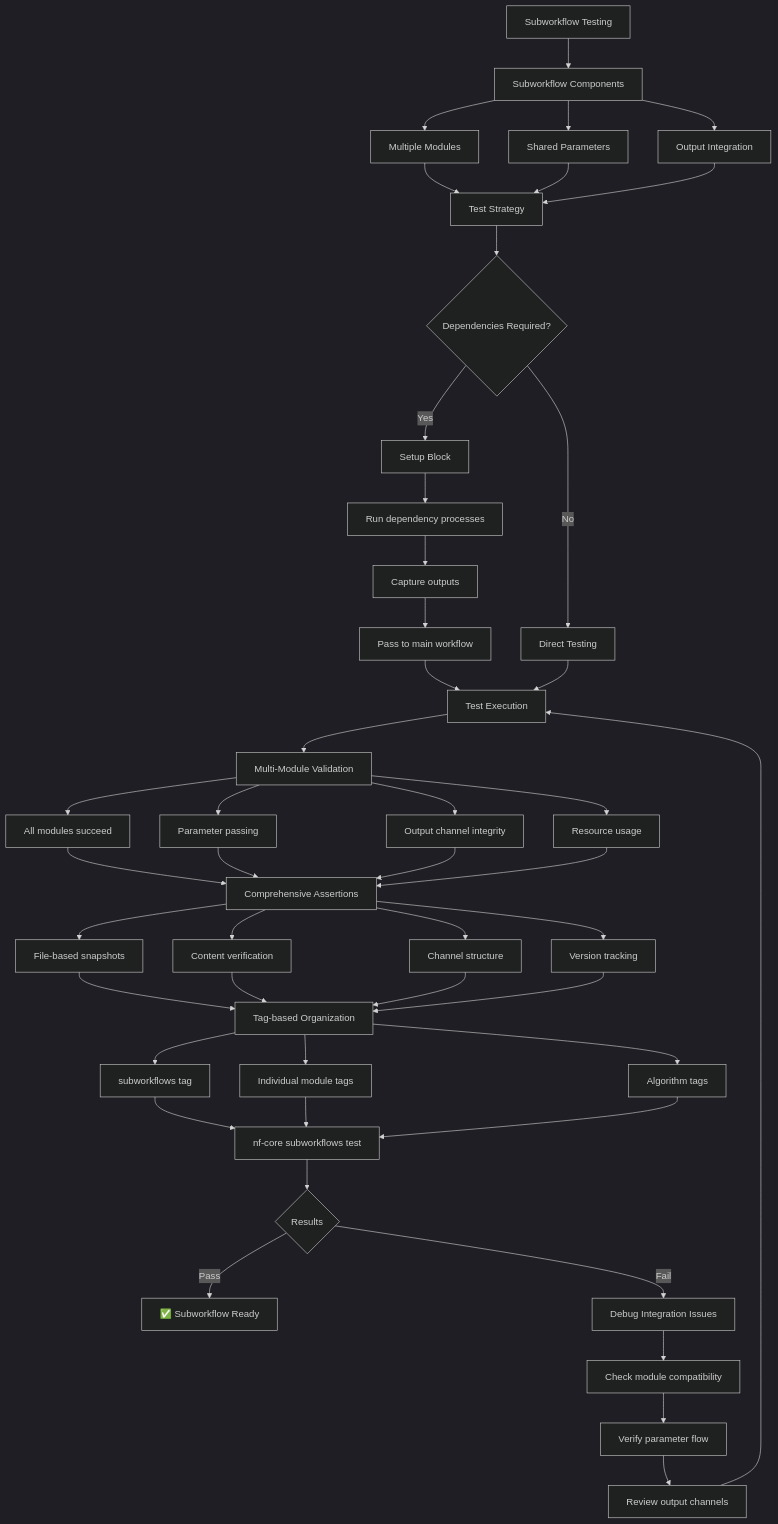
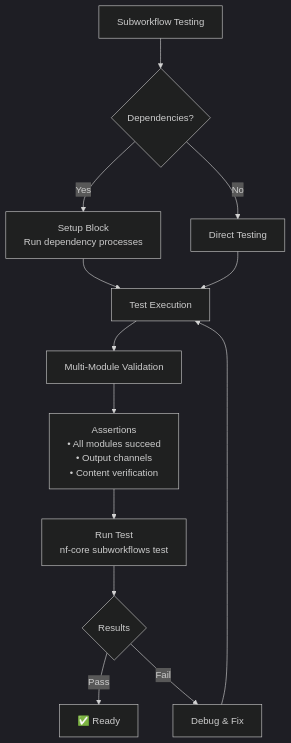
The diagram in sites/docs/src/content/docs/tutorials/tests_and_test_data/components/04_testing_subworkflows.md (nf-core/website), drawn with Mermaid (dark theme) before and after one commit. The commit also changed 7 other files, not shown here.

Commit message:
Revise nf-test comprehensive guide for clarity and organization. Update section links, improve diagrams for project setup, module testing, subworkflow testing, pipeline testing, test data management, CI/CD integration, and command usage. Remove outdated content and enhance overall structure.

````diff
--- a/sites/docs/src/content/docs/tutorials/tests_and_test_data/components/04_testing_subworkflows.md
+++ b/sites/docs/src/content/docs/tutorials/tests_and_test_data/components/04_testing_subworkflows.md
@@ -11,64 +11,20 @@
 ```mermaid
 flowchart TD
-    A[Subworkflow Testing] --> B[Subworkflow Components]
+    A[Subworkflow Testing] --> B{Dependencies?}
 
-    B --> B1[Multiple Modules]
-    B --> B2[Shared Parameters]
-    B --> B3[Output Integration]
+    B --> |Yes| C[Setup Block<br/>Run dependency processes]
+    B --> |No| D[Direct Testing]
 
-    B1 --> C[Test Strategy]
-    B2 --> C
-    B3 --> C
+    C --> E[Test Execution]
+    D --> E
 
-    C --> D{Dependencies Required?}
+    E --> F[Multi-Module Validation]
+    F --> G[Assertions<br/>• All modules succeed<br/>• Output channels<br/>• Content verification]
 
-    D --> |Yes| E[Setup Block]
-    D --> |No| F[Direct Testing]
+    G --> H[Run Test<br/>nf-core subworkflows test]
 
-    E --> E1[Run dependency processes]
-    E1 --> E2[Capture outputs]
-    E2 --> E3[Pass to main workflow]
-    E3 --> G[Test Execution]
-
-    F --> G
-
-    G --> H[Multi-Module Validation]
-    H --> H1[All modules succeed]
-    H2[Parameter passing]
-    H3[Output channel integrity]
-    H4[Resource usage]
-    H --> H2
-    H --> H3
-    H --> H4
-
-    H1 --> I[Comprehensive Assertions]
-    H2 --> I
-    H3 --> I
-    H4 --> I
-
-    I --> I1[File-based snapshots]
-    I --> I2[Content verification]
-    I --> I3[Channel structure]
-    I --> I4[Version tracking]
-
-    I1 --> J[Tag-based Organization]
-    I2 --> J
-    I3 --> J
-    I4 --> J
-
-    J --> J1[subworkflows tag]
-    J --> J2[Individual module tags]
-    J --> J3[Algorithm tags]
-
-    J1 --> K["nf-core subworkflows test"]
-    J2 --> K
-    J3 --> K
-
-    K --> L{Results}
-    L --> |Pass| M[✅ Subworkflow Ready]
-    L --> |Fail| N[Debug Integration Issues]
-    N --> O[Check module compatibility]
-    O --> P[Verify parameter flow]
-    P --> Q[Review output channels]
-    Q --> G
+    H --> I{Results}
+    I --> |Pass| J[✅ Ready]
+    I --> |Fail| K[Debug & Fix]
+    K --> E
 ```
````
